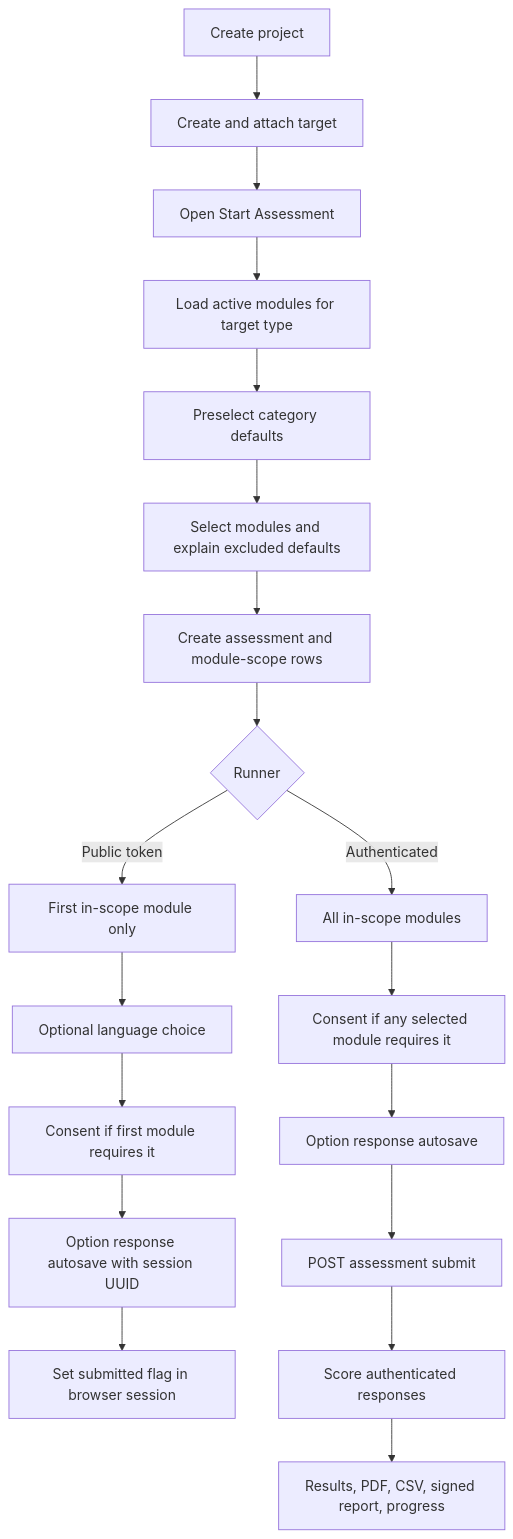
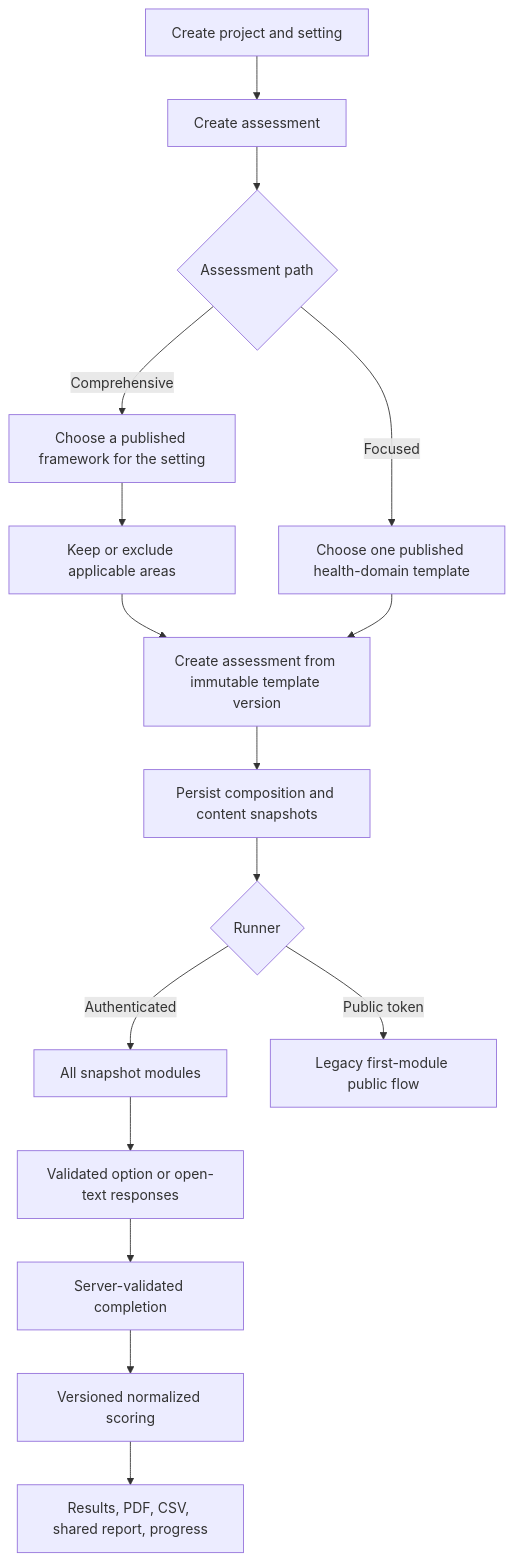
The diagram in docs/architecture/CURRENT_ASSESSMENT_FLOW.md (IsaacJootar/vytte), drawn with Mermaid before and after one commit. The commit also changed other lines of this file and 11 other files, not shown here.

Commit message:
feat: replace legacy assessment creation flow

````diff
--- a/docs/architecture/CURRENT_ASSESSMENT_FLOW.md
+++ b/docs/architecture/CURRENT_ASSESSMENT_FLOW.md
@@ -9,21 +9,18 @@
 ```mermaid
 flowchart TD
-    P[Create project] --> T[Create and attach target]
-    T --> C[Open Start Assessment]
-    C --> M[Load active modules for target type]
-    M --> D[Preselect category defaults]
-    D --> S[Select modules and explain excluded defaults]
-    S --> A[Create assessment and module-scope rows]
-    A --> R{Runner}
-    R -->|Authenticated| AR[All in-scope modules]
-    R -->|Public token| PR[First in-scope module only]
-    AR --> CO[Consent if any selected module requires it]
-    PR --> L[Optional language choice]
-    L --> CO2[Consent if first module requires it]
-    CO --> RESP[Option response autosave]
-    CO2 --> PRESP[Option response autosave with session UUID]
-    RESP --> SUB[POST assessment submit]
-    PRESP --> PSUB[Set submitted flag in browser session]
-    SUB --> SCORE[Score authenticated responses]
-    SCORE --> OUT[Results, PDF, CSV, signed report, progress]
+    P[Create project and setting] --> C[Create assessment]
+    C --> K{Assessment path}
+    K -->|Comprehensive| CT[Choose a published framework for the setting]
+    CT --> D[Keep or exclude applicable areas]
+    K -->|Focused| FT[Choose one published health-domain template]
+    D --> A[Create assessment from immutable template version]
+    FT --> A
+    A --> SN[Persist composition and content snapshots]
+    SN --> R{Runner}
+    R -->|Authenticated| AR[All snapshot modules]
+    R -->|Public token| PR[Legacy first-module public flow]
+    AR --> RESP[Validated option or open-text responses]
+    RESP --> SUB[Server-validated completion]
+    SUB --> SCORE[Versioned normalized scoring]
+    SCORE --> OUT[Results, PDF, CSV, shared report, progress]
 ```
````
